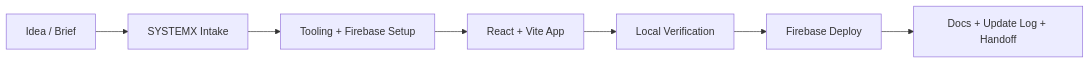
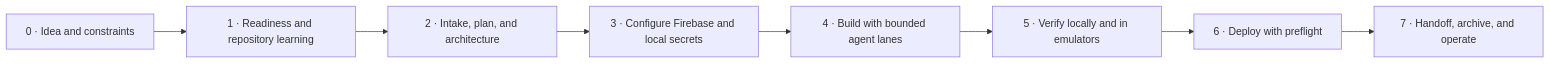
Before and after one commit to WayneTechLab/SFWA-WTL-TEMPLATE: the diagram in README.md, drawn with Mermaid. The commit also changed other lines of this file and 43 other files, not shown here.

````diff
--- a/README.md
+++ b/README.md
@@ -61,9 +51,10 @@
 ```mermaid
 flowchart LR
-    Idea["Idea / Brief"] --> Intake["SYSTEMX Intake"]
-    Intake --> Setup["Tooling + Firebase Setup"]
-    Setup --> App["React + Vite App"]
-    App --> QA["Local Verification"]
-    QA --> Deploy["Firebase Deploy"]
-    Deploy --> Ops["Docs + Update Log + Handoff"]
+  I["0 · Idea and constraints"] --> R["1 · Readiness and repository learning"]
+  R --> P["2 · Intake, plan, and architecture"]
+  P --> C["3 · Configure Firebase and local secrets"]
+  C --> B["4 · Build with bounded agent lanes"]
+  B --> V["5 · Verify locally and in emulators"]
+  V --> D["6 · Deploy with preflight"]
+  D --> H["7 · Handoff, archive, and operate"]
 ```
````
